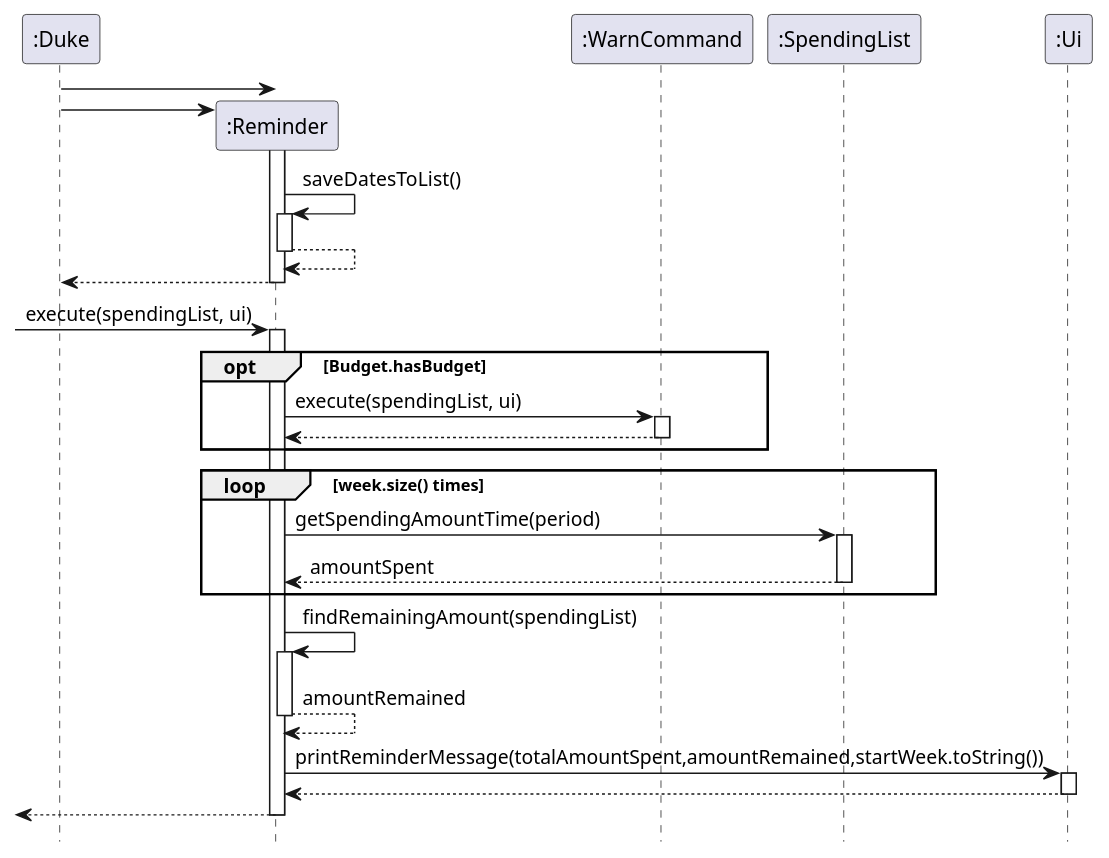
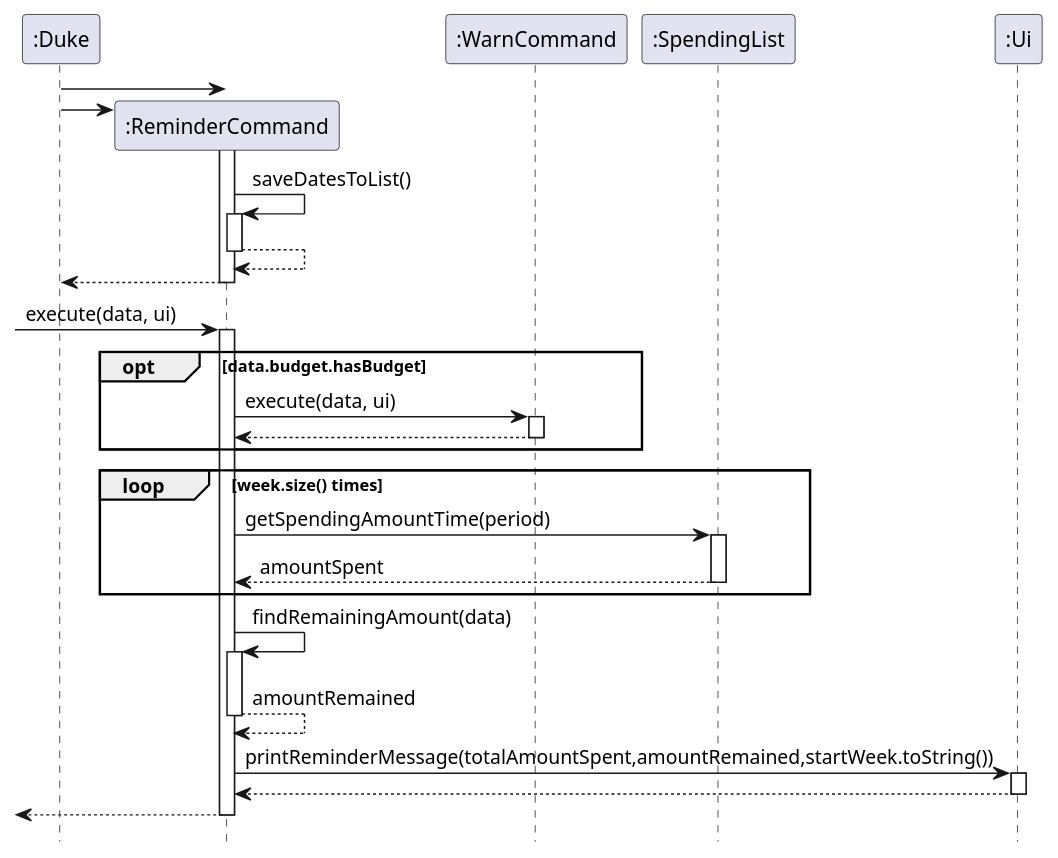
The diagram in src/uml/sequence diagrams/reminder.puml (xieyaoyue/tp), drawn with PlantUML before and after one commit. The commit also changed 4 other files, not shown here.

Commit message:
update uml in dg

```diff
--- a/src/uml/sequence diagrams/reminder.puml
+++ b/src/uml/sequence diagrams/reminder.puml
@@ -1,50 +1,50 @@
 @startuml
 hide footbox
 
-":Duke" -> ":Reminder"
-create ":Reminder"
-":Duke" -> ":Reminder"
-activate ":Reminder"
+":Duke" -> ":ReminderCommand"
+create ":ReminderCommand"
+":Duke" -> ":ReminderCommand"
+activate ":ReminderCommand"
 
-":Reminder" -> ":Reminder" : saveDatesToList()
-activate ":Reminder"
-":Reminder" --> ":Reminder"
-deactivate ":Reminder"
-":Reminder" --> ":Duke"
-deactivate ":Reminder"
+":ReminderCommand" -> ":ReminderCommand" : saveDatesToList()
+activate ":ReminderCommand"
+":ReminderCommand" --> ":ReminderCommand"
+deactivate ":ReminderCommand"
+":ReminderCommand" --> ":Duke"
+deactivate ":ReminderCommand"
 
 
-->":Reminder" : execute(spendingList, ui)
+->":ReminderCommand" : execute(data, ui)
 
-activate ":Reminder"
+activate ":ReminderCommand"
 
-opt Budget.hasBudget
-":Reminder" -> ":WarnCommand" : execute(spendingList, ui)
+opt data.budget.hasBudget
+":ReminderCommand" -> ":WarnCommand" : execute(data, ui)
 activate ":WarnCommand"
-":WarnCommand" --> ":Reminder"
+":WarnCommand" --> ":ReminderCommand"
 deactivate ":WarnCommand"
 end
 
 loop week.size() times
 
-":Reminder" -> ":SpendingList" : getSpendingAmountTime(period)
+":ReminderCommand" -> ":SpendingList" : getSpendingAmountTime(period)
 activate ":SpendingList"
-":SpendingList" --> ":Reminder" : amountSpent
+":SpendingList" --> ":ReminderCommand" : amountSpent
 deactivate ":SpendingList"
 
 end
 
-":Reminder" -> ":Reminder" : findRemainingAmount(spendingList)
-activate ":Reminder"
-":Reminder" --> ":Reminder" : amountRemained
-deactivate ":Reminder"
+":ReminderCommand" -> ":ReminderCommand" : findRemainingAmount(data)
+activate ":ReminderCommand"
+":ReminderCommand" --> ":ReminderCommand" : amountRemained
+deactivate ":ReminderCommand"
 
 
-":Reminder" -> ":Ui" : printReminderMessage(totalAmountSpent,amountRemained,startWeek.toString())
+":ReminderCommand" -> ":Ui" : printReminderMessage(totalAmountSpent,amountRemained,startWeek.toString())
 activate ":Ui"
-":Ui" --> ":Reminder"
+":Ui" --> ":ReminderCommand"
 deactivate ":Ui"
-<-- ":Reminder"
-deactivate ":Reminder"
+<-- ":ReminderCommand"
+deactivate ":ReminderCommand"
 
 @enduml
```
